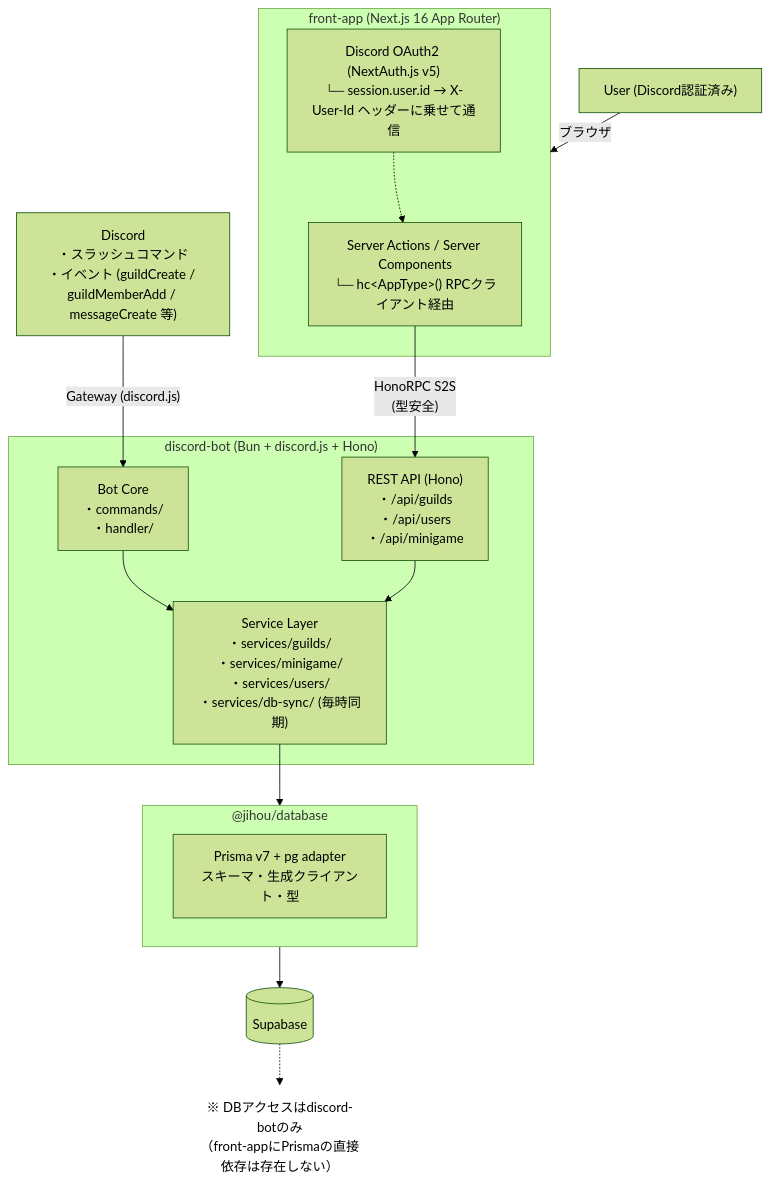
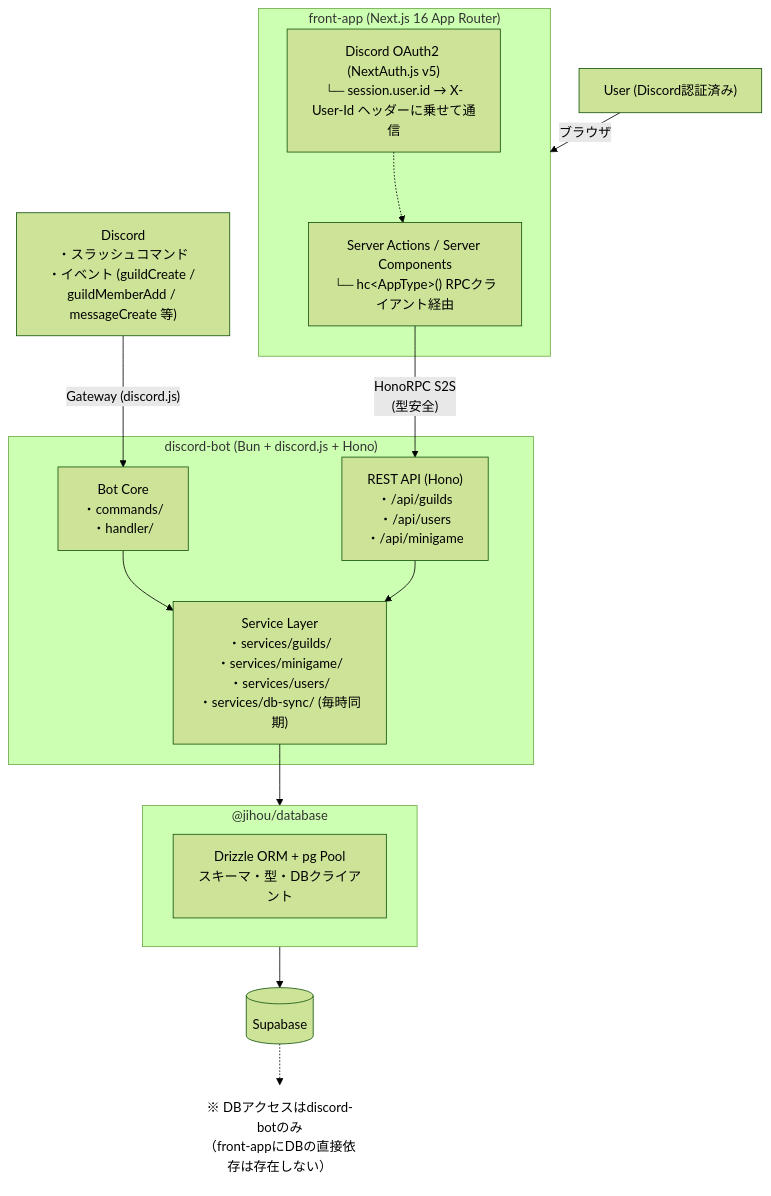
Before and after one commit to miyabitti256/Jihou-bot-Project: the diagram in README.md, drawn with Mermaid (forest theme). The commit also changed other lines of this file and 35 other files, not shown here.

````diff
--- a/README.md
+++ b/README.md
@@ -10,40 +10,40 @@
 ```mermaid
 graph TD
     %% 外部サービス・ユーザー
     Discord["Discord<br>・スラッシュコマンド<br>・イベント (guildCreate / guildMemberAdd / messageCreate 等)"]
     User["User (Discord認証済み)"]
 
     %% discord-bot
     subgraph BotApp["discord-bot (Bun + discord.js + Hono)"]
         BotCore["Bot Core<br>・commands/<br>・handler/"]
         RestAPI["REST API (Hono)<br>・/api/guilds<br>・/api/users<br>・/api/minigame"]
         ServiceLayer["Service Layer<br>・services/guilds/<br>・services/minigame/<br>・services/users/<br>・services/db-sync/ (毎時同期)"]
         
         BotCore --> ServiceLayer
         RestAPI --> ServiceLayer
     end
 
     %% database
     subgraph DbPkg["@jihou/database"]
-        Prisma["Prisma v7 + pg adapter<br>スキーマ・生成クライアント・型"]
+        Drizzle["Drizzle ORM + pg Pool<br>スキーマ・型・DBクライアント"]
     end
     DB[("Supabase")]
     
     %% front-app
     subgraph FrontApp["front-app (Next.js 16 App Router)"]
         ServerAction["Server Actions / Server Components<br>└─ hc&lt;AppType&gt;() RPCクライアント経由"]
         NextAuth["Discord OAuth2 (NextAuth.js v5)<br>└─ session.user.id → X-User-Id ヘッダーに乗せて通信"]
         NextAuth -.-> ServerAction
     end
 
     %% データフロー
     Discord -- "Gateway (discord.js)" --> BotCore
     ServerAction -- "HonoRPC S2S<br>(型安全)" --> RestAPI
     ServiceLayer --> DbPkg
     DbPkg --> DB
     User -- "ブラウザ" --> FrontApp
 
     classDef transparent fill:transparent,stroke:none;
-    DBNote["※ DBアクセスはdiscord-botのみ<br>（front-appにPrismaの直接依存は存在しない）"]:::transparent
+    DBNote["※ DBアクセスはdiscord-botのみ<br>（front-appにDBの直接依存は存在しない）"]:::transparent
     DB -.-> DBNote
 ```
````
